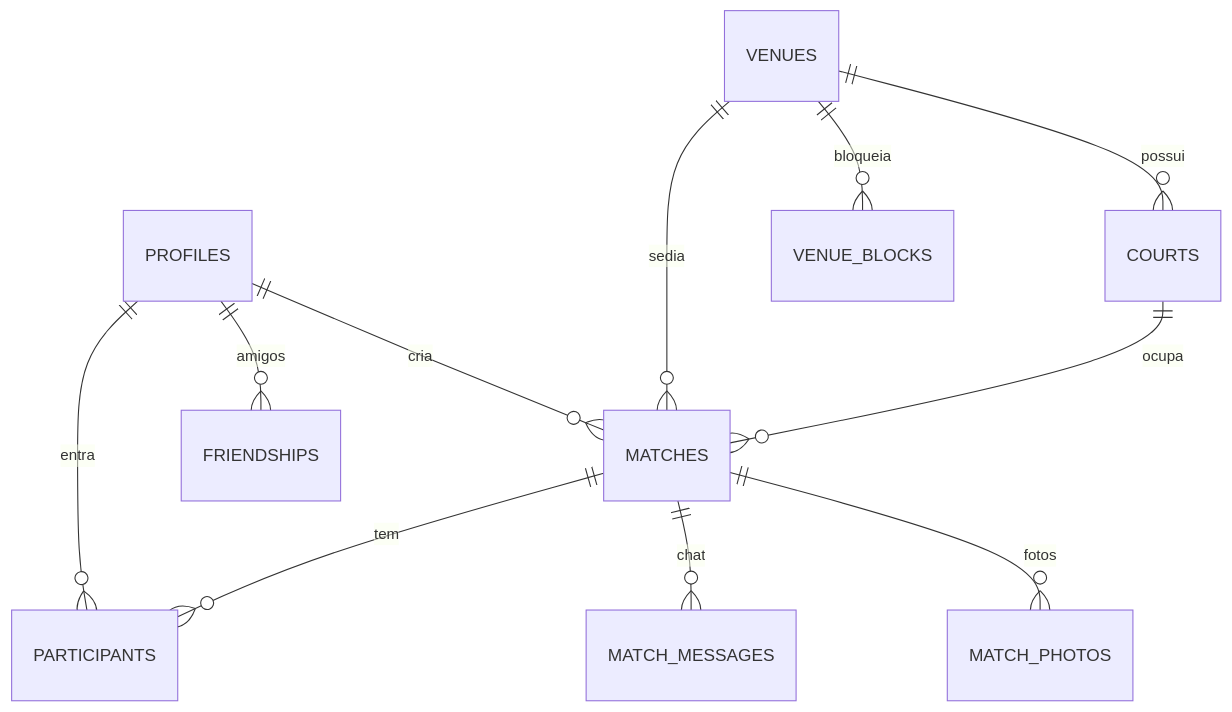
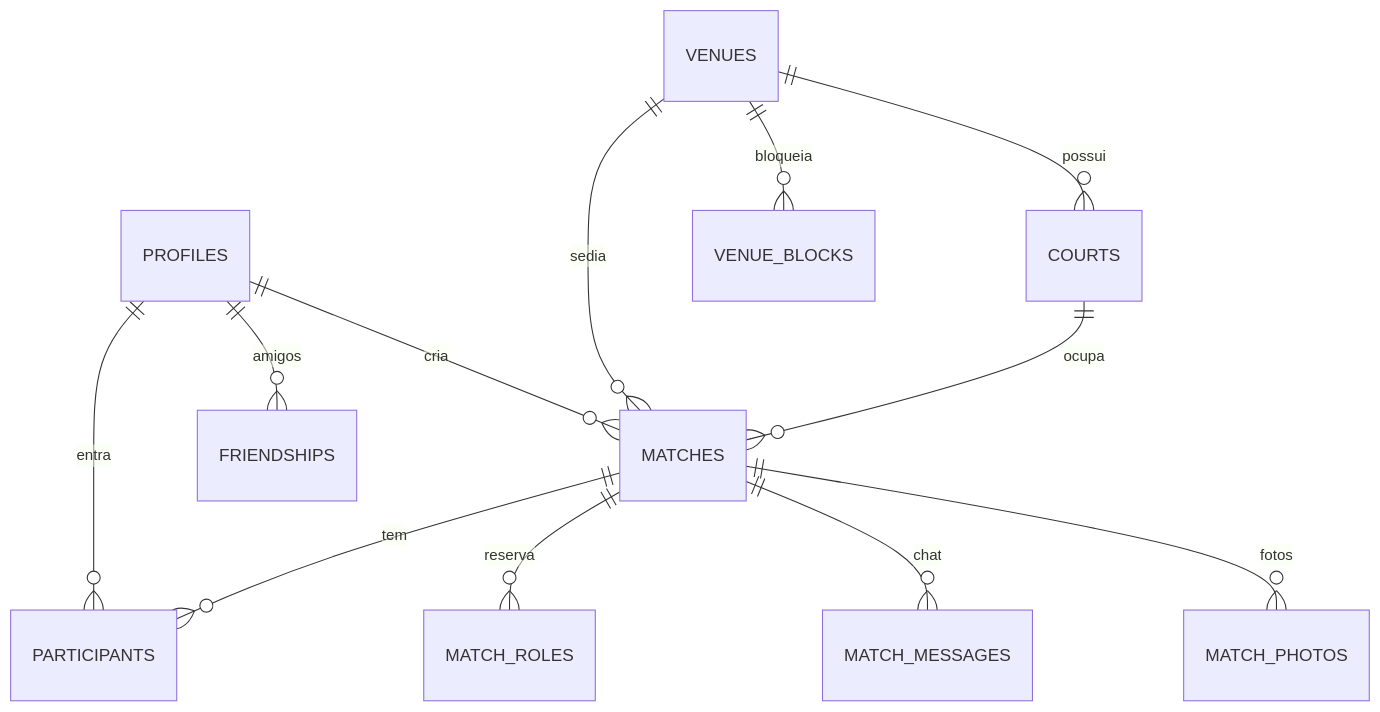
The fifth of 5 diagrams in README.md (AndrickDev/OurinhosPlay), drawn with Mermaid before and after one commit. The commit also changed other lines of this file and 4 other files, not shown here.

````diff
--- a/README.md
+++ b/README.md
@@ -102,13 +207,14 @@
 ```mermaid
 erDiagram
     PROFILES ||--o{ MATCHES : cria
     PROFILES ||--o{ PARTICIPANTS : entra
     MATCHES  ||--o{ PARTICIPANTS : tem
+    MATCHES  ||--o{ MATCH_ROLES : reserva
     VENUES   ||--o{ COURTS : possui
     VENUES   ||--o{ MATCHES : sedia
     COURTS   ||--o{ MATCHES : ocupa
     VENUES   ||--o{ VENUE_BLOCKS : bloqueia
     MATCHES  ||--o{ MATCH_MESSAGES : chat
     MATCHES  ||--o{ MATCH_PHOTOS : fotos
     PROFILES ||--o{ FRIENDSHIPS : amigos
 ```
````
